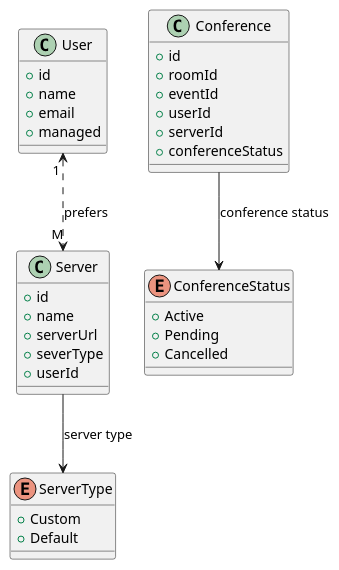
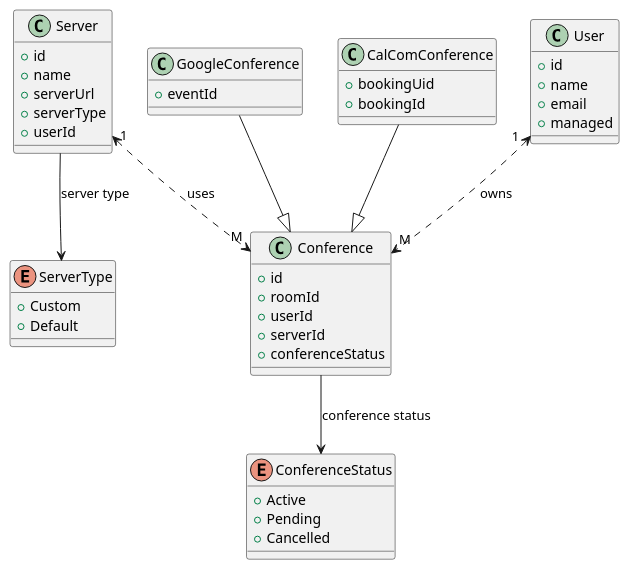
One commit to teenthofabud/jitsi-videoconference-moderator changed the diagram in docs/er_conference_plantUML.puml. Above: the diagram before and after it, drawn with PlantUML. The commit also changed other lines of this file and 11 other files, not shown here.

```diff
--- a/docs/er_conference_plantUML.puml
+++ b/docs/er_conference_plantUML.puml
@@ -1,47 +1,55 @@
-    @startuml
+@startuml
 
-    class User {
-      +id
-      +name
-      +email
-      +managed
-    }
+class User {
+  +id
+  +name
+  +email
+  +managed
+}
 
-    class Server {
-      +id
-      +name
-      +serverUrl
-      +severType
-      +userId
-    }
+class Server {
+  +id
+  +name
+  +serverUrl
+  +serverType
+  +userId
+}
 
-    class Conference {
-      +id
-      +roomId
-      +eventId
-      +userId
-      +serverId
-      +conferenceStatus
+class Conference {
+  +id
+  +roomId
+  +userId
+  +serverId
+  +conferenceStatus
+}
 
-    }
+class GoogleConference {
+  +eventId
+}
 
-    enum ServerType{
-     +Custom
-     +Default
-    }
+class CalComConference {
+  +bookingUid
+  +bookingId
+}
 
-    enum ConferenceStatus{
-     +Active
-     +Pending
-     +Cancelled
-    }
+enum ServerType {
+  +Custom
+  +Default
+}
 
-    Server --> ServerType : server type
+enum ConferenceStatus {
+  +Active
+  +Pending
+  +Cancelled
+}
 
+GoogleConference --|> Conference
+CalComConference --|> Conference
 
+Server --> ServerType : server type
+Conference --> ConferenceStatus : conference status
 
-    User "1 " <..> "M" Server : prefers
+User "1 " <..> "M" Conference : owns
+Server "1 " <..> "M" Conference : uses
 
-    Conference --> ConferenceStatus : conference status
-
-    @enduml
+@enduml
```
